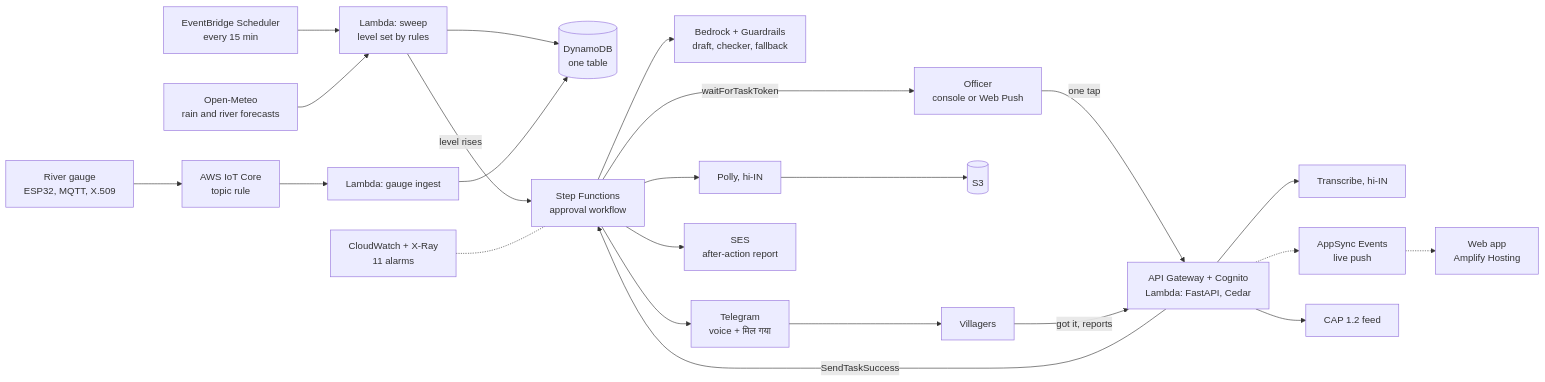
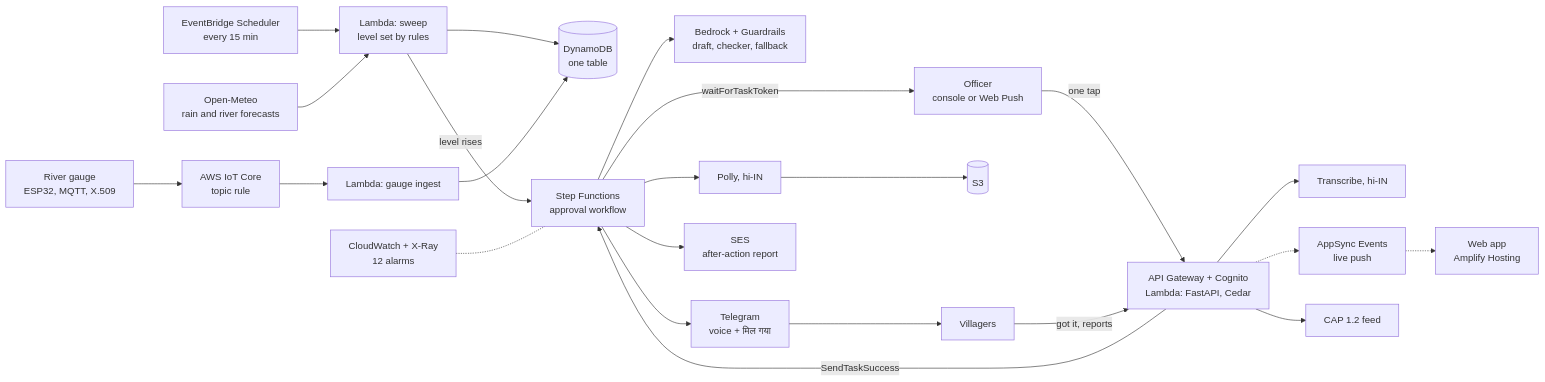
The diagram in README.md (Prashant-thakur77/pukaar), drawn with Mermaid before and after one commit. The commit also changed other lines of this file and 35 other files, not shown here.

````diff
--- a/README.md
+++ b/README.md
@@ -242,21 +242,21 @@
 ```mermaid
 flowchart LR
   EB["EventBridge Scheduler<br/>every 15 min"] --> SW["Lambda: sweep<br/>level set by rules"]
   OM["Open-Meteo<br/>rain and river forecasts"] --> SW
   GA["River gauge<br/>ESP32, MQTT, X.509"] --> IOT["AWS IoT Core<br/>topic rule"] --> GI["Lambda: gauge ingest"]
   SW --> DB[("DynamoDB<br/>one table")]
   GI --> DB
   SW -- "level rises" --> SF["Step Functions<br/>approval workflow"]
   SF --> BR["Bedrock + Guardrails<br/>draft, checker, fallback"]
   SF -- "waitForTaskToken" --> OF["Officer<br/>console or Web Push"]
   OF -- "one tap" --> API["API Gateway + Cognito<br/>Lambda: FastAPI, Cedar"]
   API -- "SendTaskSuccess" --> SF
   SF --> PO["Polly, hi-IN"] --> S3[("S3")]
   SF --> TG["Telegram<br/>voice + मिल गया"] --> VI["Villagers"]
   VI -- "got it, reports" --> API
   API --> TR["Transcribe, hi-IN"]
   API -.-> AS["AppSync Events<br/>live push"] -.-> WEB["Web app<br/>Amplify Hosting"]
   API --> CAP["CAP 1.2 feed"]
   SF --> SES["SES<br/>after-action report"]
-  CW["CloudWatch + X-Ray<br/>11 alarms"] -.- SF
+  CW["CloudWatch + X-Ray<br/>12 alarms"] -.- SF
 ```
````
